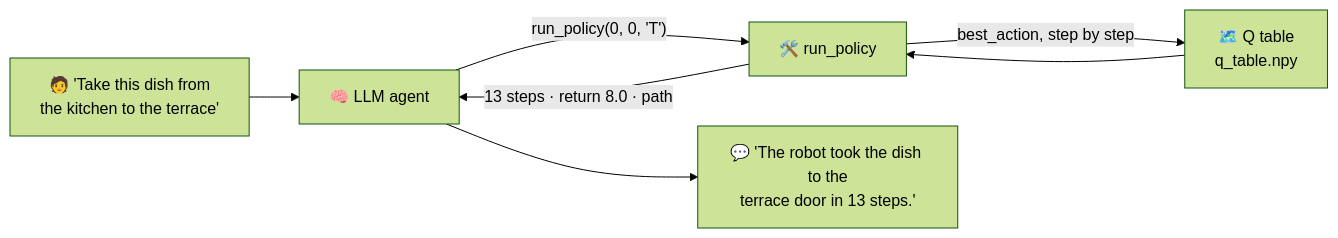
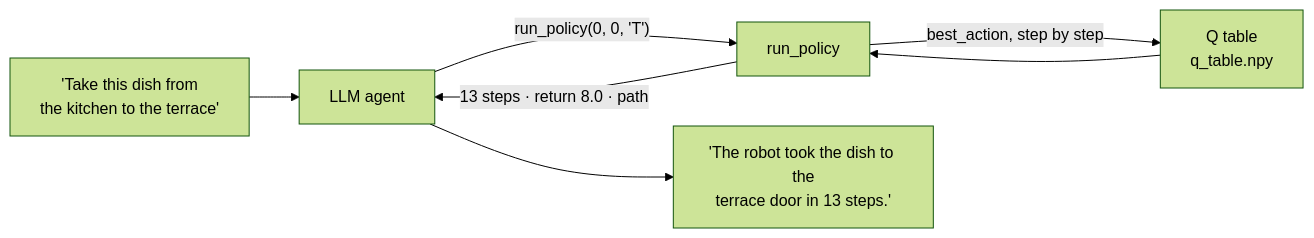
One commit to Godalberto10/waiter-robot changed the diagram in README.md. Above: the diagram before and after it, drawn with Mermaid (forest theme). The commit also changed other lines of this file, not shown here.

````diff
--- a/README.md
+++ b/README.md
@@ -26,9 +24,9 @@
 ```mermaid
 flowchart LR
-    U["🧑 'Take this dish from<br/>the kitchen to the terrace'"] --> A["🧠 LLM agent"]
-    A -- "run_policy(0, 0, 'T')" --> P["🛠️ run_policy"]
-    P -- "best_action, step by step" --> Q["🗺️ Q table<br/>q_table.npy"]
+    U["'Take this dish from<br/>the kitchen to the terrace'"] --> A["LLM agent"]
+    A -- "run_policy(0, 0, 'T')" --> P["run_policy"]
+    P -- "best_action, step by step" --> Q["Q table<br/>q_table.npy"]
     Q --> P
     P -- "13 steps · return 8.0 · path" --> A
-    A --> R["💬 'The robot took the dish to the<br/>terrace door in 13 steps.'"]
+    A --> R["'The robot took the dish to the<br/>terrace door in 13 steps.'"]
 ```
````
